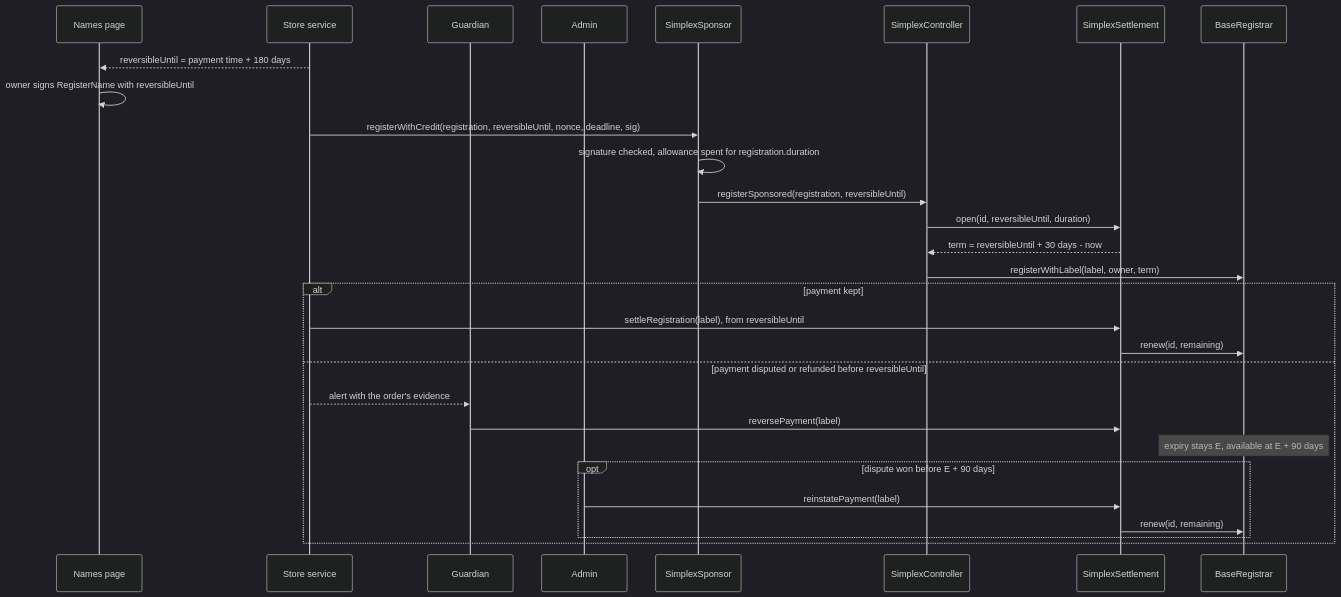
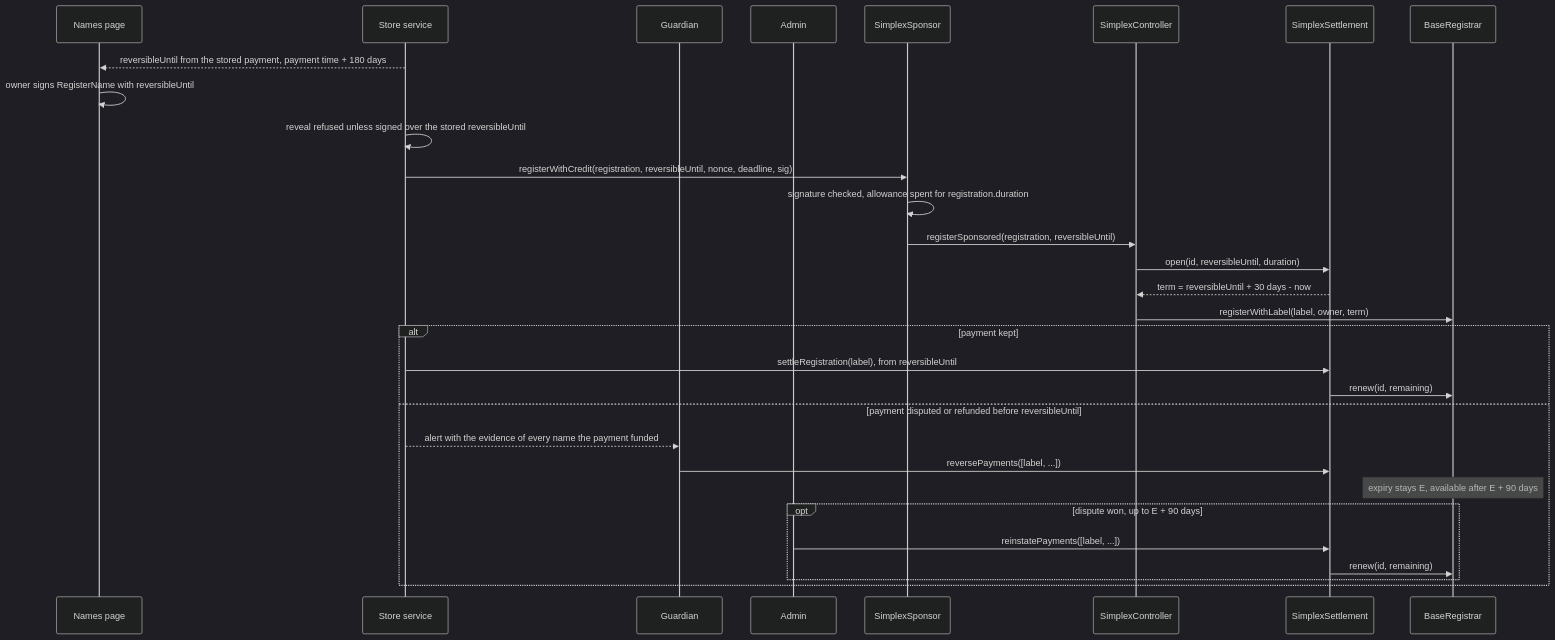
One commit to brenzi-agent/simplex-namespace-contract changed the second of 6 diagrams in docs/plans/payment-reversal.md. Above: the diagram before and after it, drawn with Mermaid (dark theme). The commit also changed other lines of this file, not shown here.

Commit message:
docs: one acknowledgement rule, stored deadline and batch reversal in the plan

````diff
--- a/docs/plans/payment-reversal.md
+++ b/docs/plans/payment-reversal.md
@@ -144,31 +148,32 @@
 ```mermaid
 sequenceDiagram
   participant P as Names page
   participant S as Store service
   participant G as Guardian
   participant A as Admin
   participant Sp as SimplexSponsor
   participant C as SimplexController
   participant St as SimplexSettlement
   participant R as BaseRegistrar
-  S-->>P: reversibleUntil = payment time + 180 days
+  S-->>P: reversibleUntil from the stored payment, payment time + 180 days
   P->>P: owner signs RegisterName with reversibleUntil
+  S->>S: reveal refused unless signed over the stored reversibleUntil
   S->>Sp: registerWithCredit(registration, reversibleUntil, nonce, deadline, sig)
   Sp->>Sp: signature checked, allowance spent for registration.duration
   Sp->>C: registerSponsored(registration, reversibleUntil)
   C->>St: open(id, reversibleUntil, duration)
   St-->>C: term = reversibleUntil + 30 days - now
   C->>R: registerWithLabel(label, owner, term)
   alt payment kept
     S->>St: settleRegistration(label), from reversibleUntil
     St->>R: renew(id, remaining)
   else payment disputed or refunded before reversibleUntil
-    S-->>G: alert with the order's evidence
-    G->>St: reversePayment(label)
-    Note over R: expiry stays E, available at E + 90 days
-    opt dispute won before E + 90 days
-      A->>St: reinstatePayment(label)
+    S-->>G: alert with the evidence of every name the payment funded
+    G->>St: reversePayments([label, ...])
+    Note over R: expiry stays E, available after E + 90 days
+    opt dispute won, up to E + 90 days
+      A->>St: reinstatePayments([label, ...])
       St->>R: renew(id, remaining)
     end
   end
 ```
````
